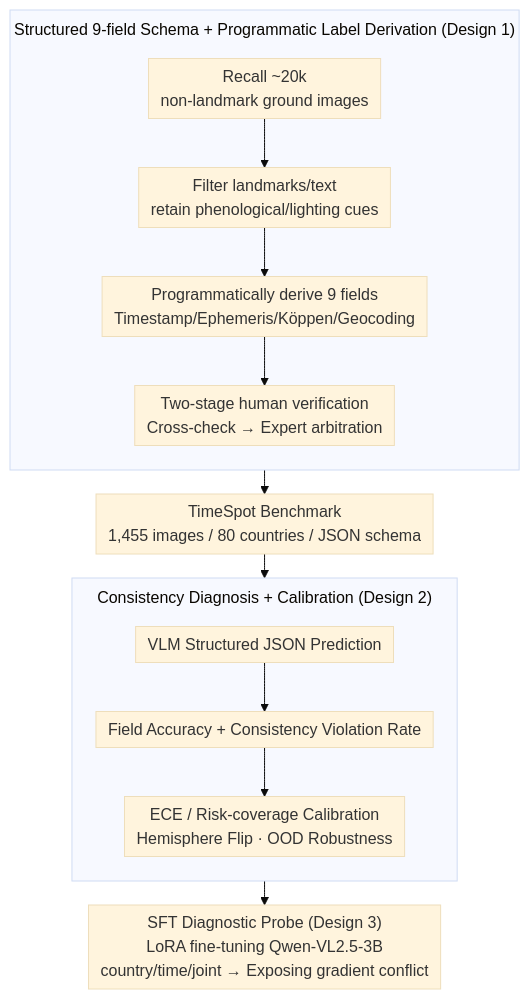
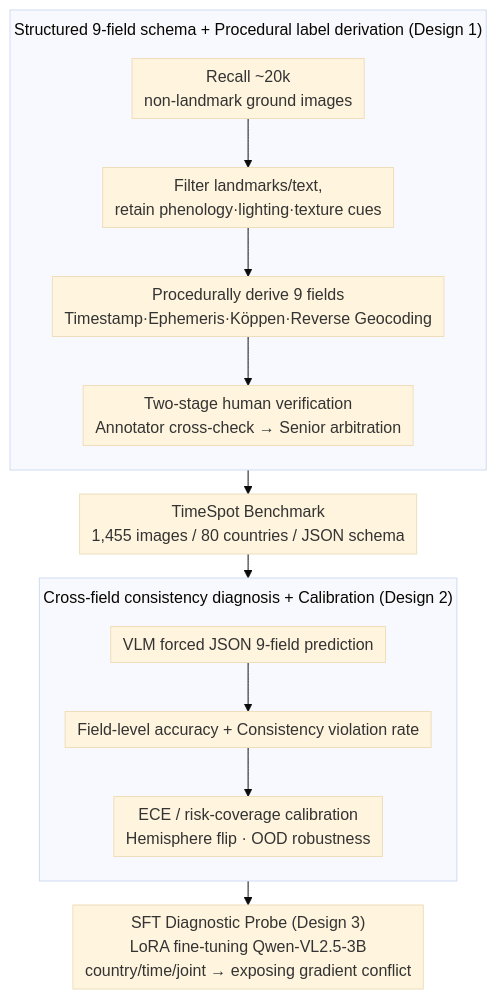
One commit to zhaoyang97/Paper-Notes-en changed the diagram in docs/ICML2026/multimodal_vlm/timespot_benchmarking_geo-temporal_understanding_in_vision-language_models_in_re.md. Above: the diagram before and after it, drawn with Mermaid (base theme). The commit also changed other lines of this file and 5084 other files, not shown here.

````diff
--- a/docs/ICML2026/multimodal_vlm/timespot_benchmarking_geo-temporal_understanding_in_vision-language_models_in_re.md
+++ b/docs/ICML2026/multimodal_vlm/timespot_benchmarking_geo-temporal_understanding_in_vision-language_models_in_re.md
@@ -42,18 +42,18 @@
 ```mermaid
 %%{init: {'flowchart': {'rankSpacing': 24, 'nodeSpacing': 28, 'padding': 6, 'wrappingWidth': 400, 'subGraphTitleMargin': {'top': 8, 'bottom': 16}}}}%%
 flowchart TD
-    subgraph BUILD["Structured 9-field Schema + Programmatic Label Derivation (Design 1)"]
+    subgraph BUILD["Structured 9-field schema + Procedural label derivation (Design 1)"]
         direction TB
-        A["Recall ~20k<br/>non-landmark ground images"] --> B["Filter landmarks/text<br/>retain phenological/lighting cues"]
-        B --> C["Programmatically derive 9 fields<br/>Timestamp/Ephemeris/Köppen/Geocoding"]
-        C --> D["Two-stage human verification<br/>Cross-check → Expert arbitration"]
+        A["Recall ~20k<br/>non-landmark ground images"] --> B["Filter landmarks/text,<br/>retain phenology·lighting·texture cues"]
+        B --> C["Procedurally derive 9 fields<br/>Timestamp·Ephemeris·Köppen·Reverse Geocoding"]
+        C --> D["Two-stage human verification<br/>Annotator cross-check → Senior arbitration"]
     end
     D --> E["TimeSpot Benchmark<br/>1,455 images / 80 countries / JSON schema"]
-    subgraph EVAL["Consistency Diagnosis + Calibration (Design 2)"]
+    subgraph EVAL["Cross-field consistency diagnosis + Calibration (Design 2)"]
         direction TB
-        F["VLM Structured JSON Prediction"] --> G["Field Accuracy + Consistency Violation Rate"]
-        G --> H["ECE / Risk-coverage Calibration<br/>Hemisphere Flip · OOD Robustness"]
+        F["VLM forced JSON 9-field prediction"] --> G["Field-level accuracy + Consistency violation rate"]
+        G --> H["ECE / risk-coverage calibration<br/>Hemisphere flip · OOD robustness"]
     end
     E --> F
-    H --> I["SFT Diagnostic Probe (Design 3)<br/>LoRA fine-tuning Qwen-VL2.5-3B<br/>country/time/joint → Exposing gradient conflict"]
+    H --> I["SFT Diagnostic Probe (Design 3)<br/>LoRA fine-tuning Qwen-VL2.5-3B<br/>country/time/joint → exposing gradient conflict"]
 ```
````
